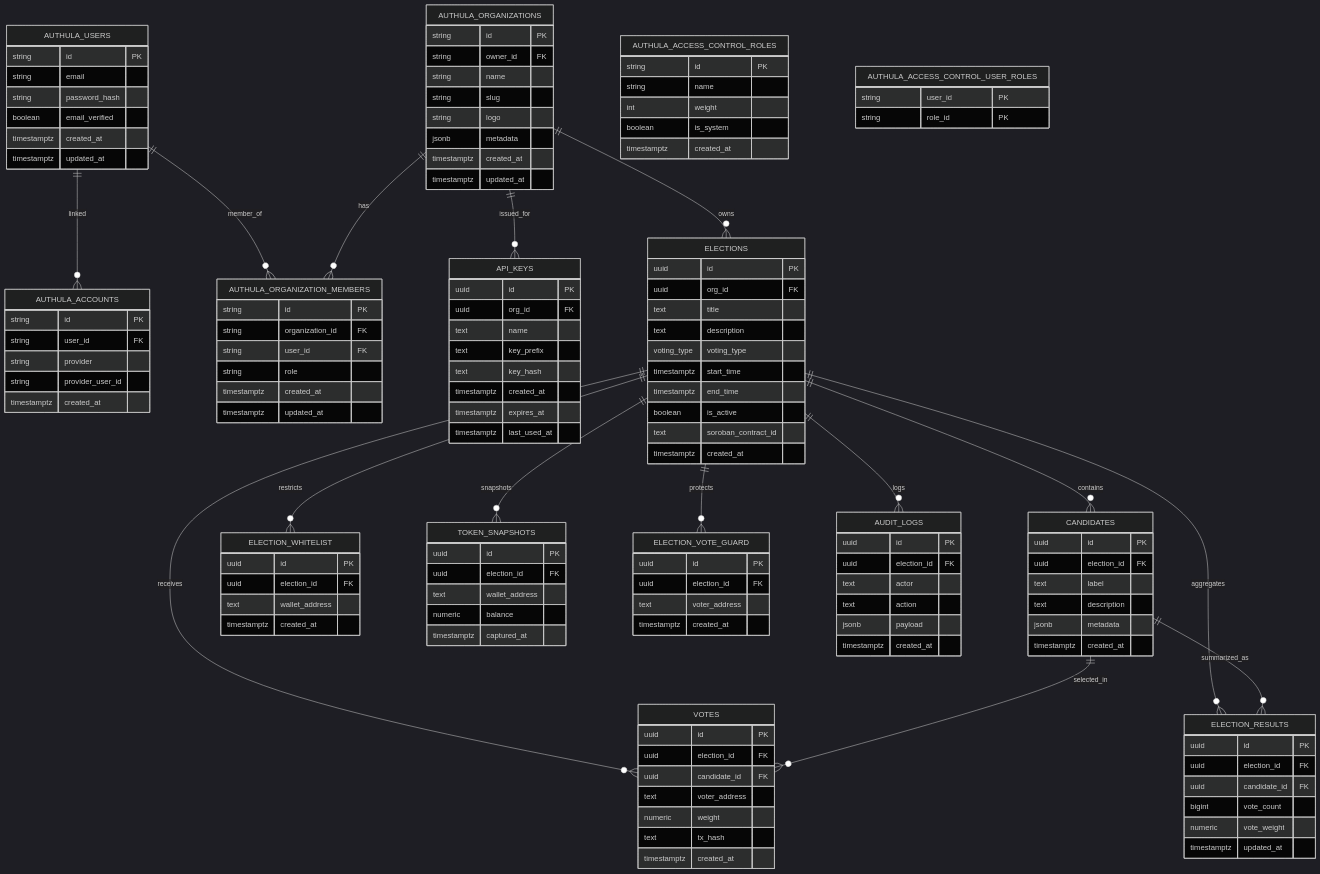
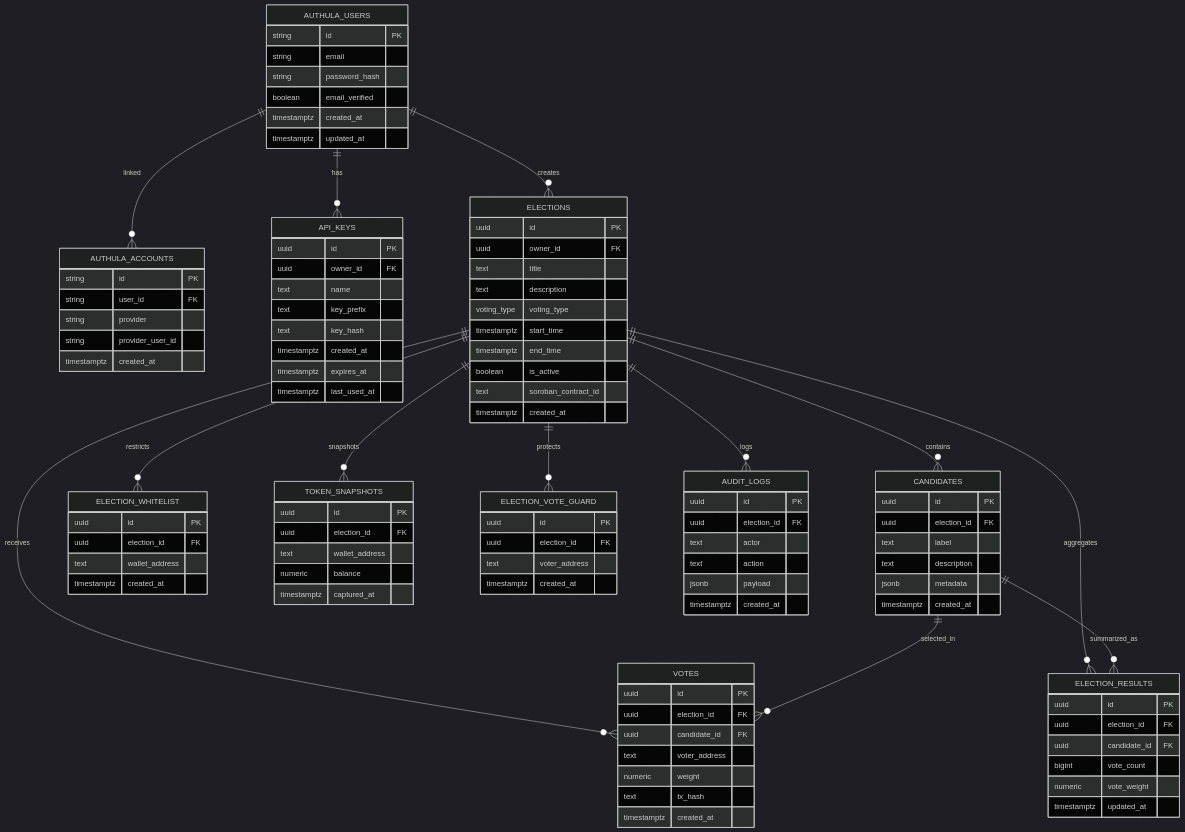
One commit to absolutelyStellar/StellarVote changed the diagram in docs/ERD.mmd. Above: the diagram before and after it, drawn with Mermaid (dark theme). The commit also changed 5 other files, not shown here.

Commit message:
docs: flatten ownership model, remove org-based multi-tenancy

```diff
--- a/docs/ERD.mmd
+++ b/docs/ERD.mmd
@@ -1,168 +1,133 @@
 erDiagram
 
     %% =====================
     %% AUTHULA-MANAGED (reference only)
     %% Schema owned by Authula library.
-    %% StellarVote REFERENCES these tables via user_id / org_id FKs.
+    %% StellarVote REFERENCES authula_users for resource ownership.
     %% =====================
 
     AUTHULA_USERS {
         string id PK
         string email
         string password_hash
         boolean email_verified
         timestamptz created_at
         timestamptz updated_at
     }
 
     AUTHULA_ACCOUNTS {
         string id PK
         string user_id FK
         string provider
         string provider_user_id
         timestamptz created_at
     }
 
-    AUTHULA_ORGANIZATIONS {
-        string id PK
-        string owner_id FK
-        string name
-        string slug
-        string logo
-        jsonb metadata
-        timestamptz created_at
-        timestamptz updated_at
-    }
-
-    AUTHULA_ORGANIZATION_MEMBERS {
-        string id PK
-        string organization_id FK
-        string user_id FK
-        string role
-        timestamptz created_at
-        timestamptz updated_at
-    }
-
-    AUTHULA_ACCESS_CONTROL_ROLES {
-        string id PK
-        string name
-        int weight
-        boolean is_system
-        timestamptz created_at
-    }
-
-    AUTHULA_ACCESS_CONTROL_USER_ROLES {
-        string user_id PK
-        string role_id PK
-    }
-
     %% =====================
     %% STELLARVOTE DOMAIN
     %% =====================
 
     API_KEYS {
         uuid id PK
-        uuid org_id FK
+        uuid owner_id FK
         text name
         text key_prefix
         text key_hash
         timestamptz created_at
         timestamptz expires_at
         timestamptz last_used_at
     }
 
     ELECTIONS {
         uuid id PK
-        uuid org_id FK
+        uuid owner_id FK
         text title
         text description
         voting_type voting_type
         timestamptz start_time
         timestamptz end_time
         boolean is_active
         text soroban_contract_id
         timestamptz created_at
     }
 
     CANDIDATES {
         uuid id PK
         uuid election_id FK
         text label
         text description
         jsonb metadata
         timestamptz created_at
     }
 
     ELECTION_WHITELIST {
         uuid id PK
         uuid election_id FK
         text wallet_address
         timestamptz created_at
     }
 
     TOKEN_SNAPSHOTS {
         uuid id PK
         uuid election_id FK
         text wallet_address
         numeric balance
         timestamptz captured_at
     }
 
     VOTES {
         uuid id PK
         uuid election_id FK
         uuid candidate_id FK
         text voter_address
         numeric weight
         text tx_hash
         timestamptz created_at
     }
 
     ELECTION_VOTE_GUARD {
         uuid id PK
         uuid election_id FK
         text voter_address
         timestamptz created_at
     }
 
     ELECTION_RESULTS {
         uuid id PK
         uuid election_id FK
         uuid candidate_id FK
         bigint vote_count
         numeric vote_weight
         timestamptz updated_at
     }
 
     AUDIT_LOGS {
         uuid id PK
         uuid election_id FK
         text actor
         text action
         jsonb payload
         timestamptz created_at
     }
 
     %% =====================
     %% RELATIONSHIPS
     %% =====================
 
     %% Authula-owned
     AUTHULA_USERS ||--o{ AUTHULA_ACCOUNTS : linked
-    AUTHULA_USERS ||--o{ AUTHULA_ORGANIZATION_MEMBERS : member_of
-    AUTHULA_ORGANIZATIONS ||--o{ AUTHULA_ORGANIZATION_MEMBERS : has
 
     %% StellarVote-owned
-    AUTHULA_ORGANIZATIONS ||--o{ API_KEYS : issued_for
-    AUTHULA_ORGANIZATIONS ||--o{ ELECTIONS : owns
+    AUTHULA_USERS ||--o{ API_KEYS : has
+    AUTHULA_USERS ||--o{ ELECTIONS : creates
 
     ELECTIONS ||--o{ CANDIDATES : contains
     ELECTIONS ||--o{ VOTES : receives
     ELECTIONS ||--o{ ELECTION_WHITELIST : restricts
     ELECTIONS ||--o{ TOKEN_SNAPSHOTS : snapshots
     ELECTIONS ||--o{ ELECTION_RESULTS : aggregates
     ELECTIONS ||--o{ AUDIT_LOGS : logs
     ELECTIONS ||--o{ ELECTION_VOTE_GUARD : protects
 
     CANDIDATES ||--o{ VOTES : selected_in
     CANDIDATES ||--o{ ELECTION_RESULTS : summarized_as
```
